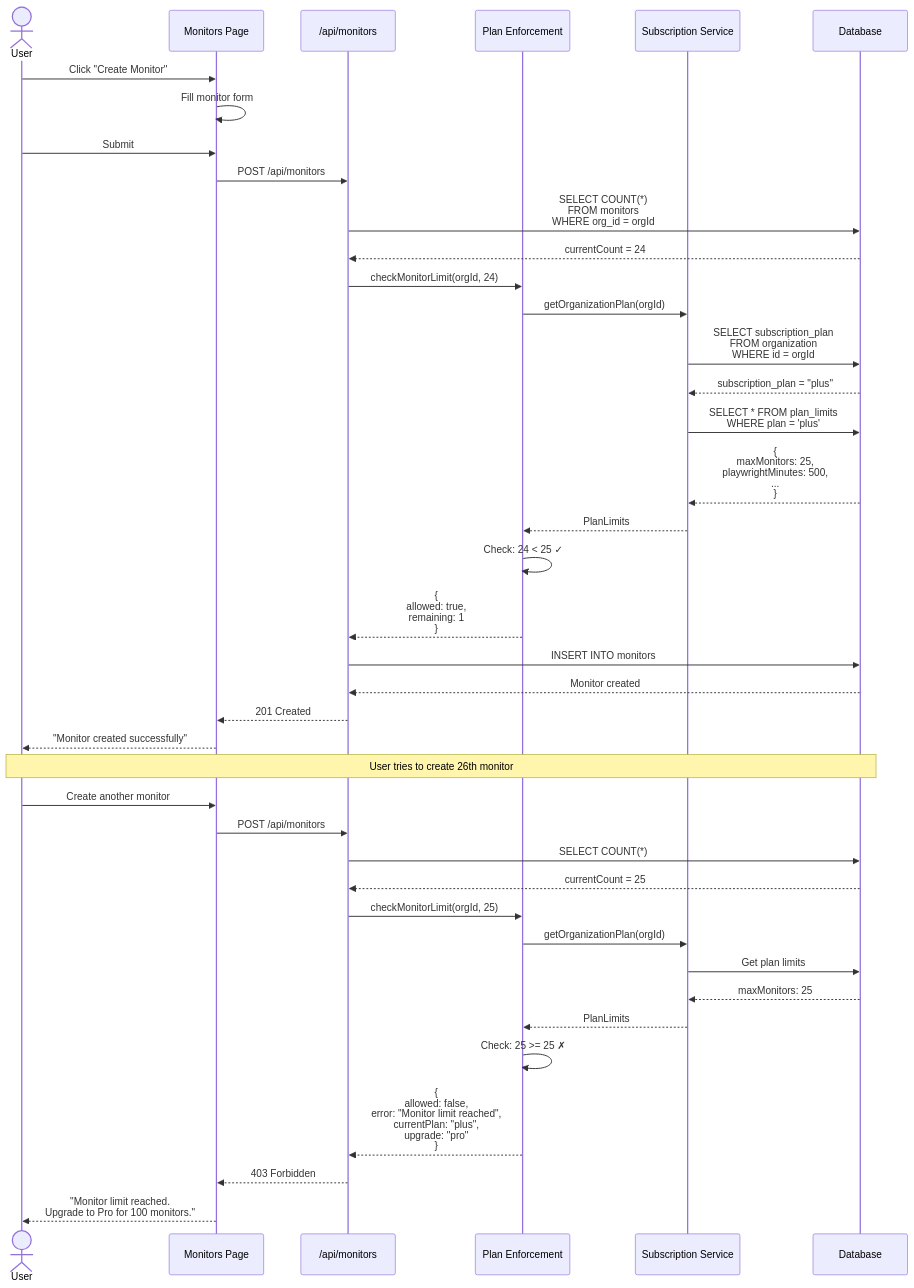
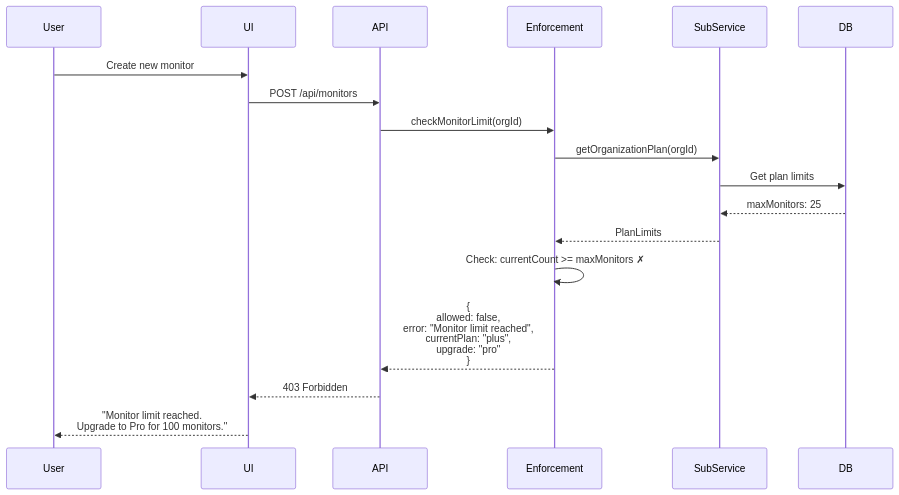
Before and after one commit to supercheck-io/supercheck: the fifth of 7 diagrams in specs/08-operations/POLAR_BILLING_INTEGRATION.md, drawn with Mermaid. The commit also changed other lines of this file and 36 other files, not shown here.

````diff
--- a/specs/08-operations/POLAR_BILLING_INTEGRATION.md
+++ b/specs/08-operations/POLAR_BILLING_INTEGRATION.md
@@ -465,53 +956,23 @@
 ```mermaid
 sequenceDiagram
-    actor User
-    participant UI as Monitors Page
-    participant API as /api/monitors
-    participant Enforcement as Plan Enforcement
-    participant SubService as Subscription Service
-    participant DB as Database
+    participant User
+    participant UI
+    participant API
+    participant Enforcement
+    participant SubService
+    participant DB
 
-    User->>UI: Click "Create Monitor"
-    UI->>UI: Fill monitor form
-    User->>UI: Submit
-
+    User->>UI: Create new monitor
     UI->>API: POST /api/monitors
-    API->>DB: SELECT COUNT(*)<br/>FROM monitors<br/>WHERE org_id = orgId
-    DB-->>API: currentCount = 24
-
-    API->>Enforcement: checkMonitorLimit(orgId, 24)
-    Enforcement->>SubService: getOrganizationPlan(orgId)
-    SubService->>DB: SELECT subscription_plan<br/>FROM organization<br/>WHERE id = orgId
-    DB-->>SubService: subscription_plan = "plus"
-
-    SubService->>DB: SELECT * FROM plan_limits<br/>WHERE plan = 'plus'
-    DB-->>SubService: {<br/>  maxMonitors: 25,<br/>  playwrightMinutes: 500,<br/>  ...<br/>}
-    SubService-->>Enforcement: PlanLimits
-
-    Enforcement->>Enforcement: Check: 24 < 25 ✓
-    Enforcement-->>API: {<br/>  allowed: true,<br/>  remaining: 1<br/>}
-
-    API->>DB: INSERT INTO monitors
-    DB-->>API: Monitor created
-    API-->>UI: 201 Created
-    UI-->>User: "Monitor created successfully"
-
-    Note over User,DB: User tries to create 26th monitor
-
-    User->>UI: Create another monitor
-    UI->>API: POST /api/monitors
-    API->>DB: SELECT COUNT(*)
-    DB-->>API: currentCount = 25
-
-    API->>Enforcement: checkMonitorLimit(orgId, 25)
+    API->>Enforcement: checkMonitorLimit(orgId)
     Enforcement->>SubService: getOrganizationPlan(orgId)
     SubService->>DB: Get plan limits
     DB-->>SubService: maxMonitors: 25
     SubService-->>Enforcement: PlanLimits
 
-    Enforcement->>Enforcement: Check: 25 >= 25 ✗
+    Enforcement->>Enforcement: Check: currentCount >= maxMonitors ✗
     Enforcement-->>API: {<br/>  allowed: false,<br/>  error: "Monitor limit reached",<br/>  currentPlan: "plus",<br/>  upgrade: "pro"<br/>}
 
     API-->>UI: 403 Forbidden
     UI-->>User: "Monitor limit reached.<br/>Upgrade to Pro for 100 monitors."
 ```
````
